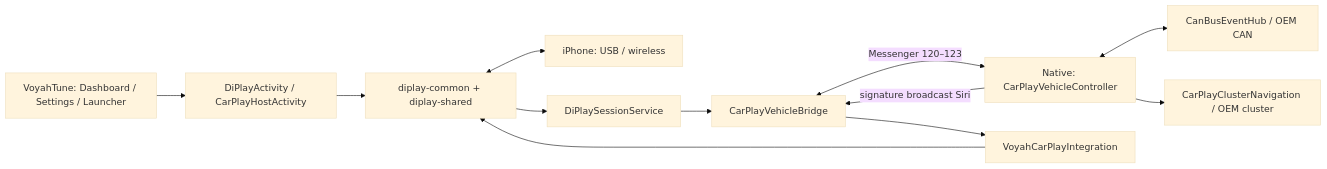
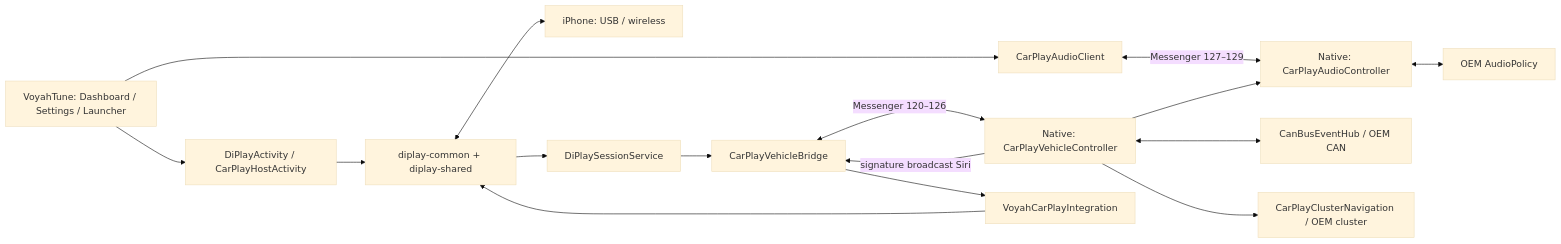
One commit to nexron171/VoyahTune changed the diagram in Docs/carplay-diplay.md. Above: the diagram before and after it, drawn with Mermaid (base theme). The commit also changed other lines of this file and 52 other files, not shown here.

First line of the commit message:
feat: improve CarPlay sessions, shortcuts and audio controls

````diff
--- a/Docs/carplay-diplay.md
+++ b/Docs/carplay-diplay.md
@@ -35,14 +36,18 @@
 ```mermaid
 flowchart LR
     UI[VoyahTune: Dashboard / Settings / Launcher] --> CP[DiPlayActivity / CarPlayHostActivity]
     CP --> Engine[diplay-common + diplay-shared]
     Engine <--> Phone[iPhone: USB / wireless]
     Engine --> Session[DiPlaySessionService]
     Session --> Bridge[CarPlayVehicleBridge]
-    Bridge <-->|Messenger 120–123| Native[Native: CarPlayVehicleController]
+    Bridge <-->|Messenger 120–126| Native[Native: CarPlayVehicleController]
+    UI --> Volumes[CarPlayAudioClient]
+    Volumes <-->|Messenger 127–129| Audio[Native: CarPlayAudioController]
+    Native --> Audio
+    Audio <--> Policy[OEM AudioPolicy]
     Native <--> CAN[CanBusEventHub / OEM CAN]
     Native --> Cluster[CarPlayClusterNavigation / OEM cluster]
     Native -->|signature broadcast Siri| Bridge
     Bridge --> Integration[VoyahCarPlayIntegration]
     Integration --> Engine
 ```
````
